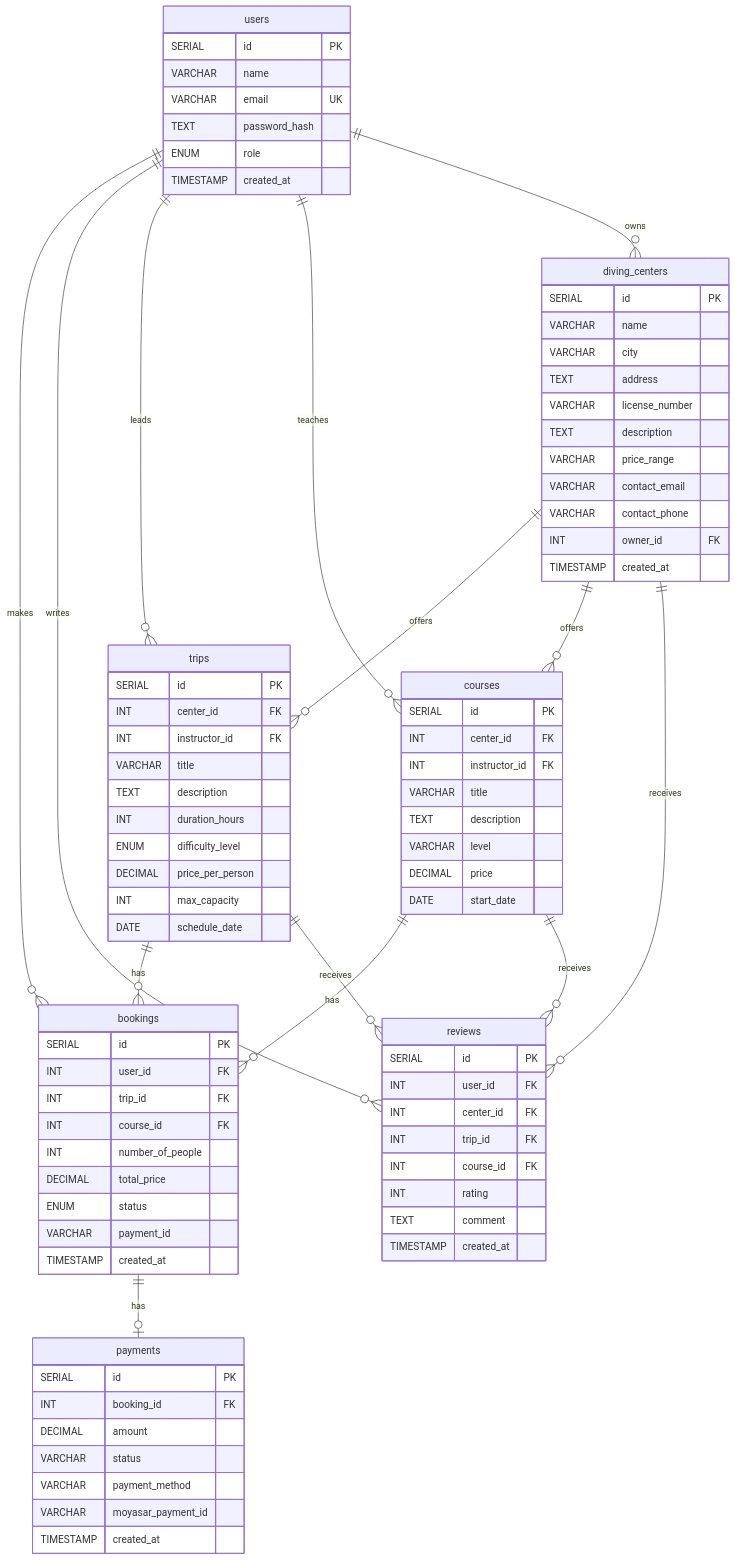
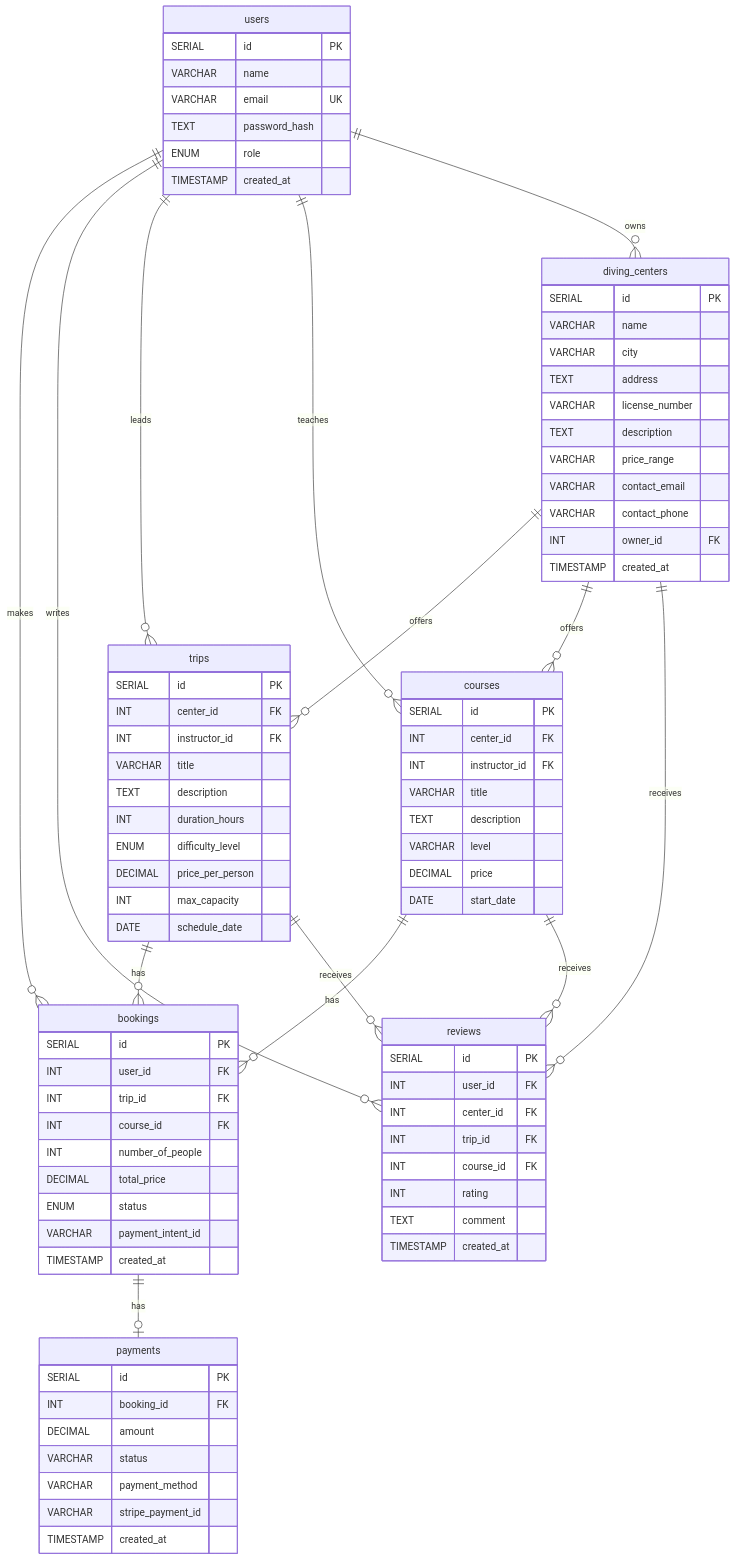
The third of 6 diagrams in stage3/README.md (laradreamer79/Portfolio-Project), drawn with Mermaid before and after one commit. The commit also changed other lines of this file, not shown here.

```diff
--- a/stage3/README.md
+++ b/stage3/README.md
@@ -517,7 +519,7 @@
     INT number_of_people
     DECIMAL total_price
     ENUM status
-    VARCHAR payment_id
+    VARCHAR payment_intent_id
     TIMESTAMP created_at
 }
 
@@ -527,7 +529,7 @@
     DECIMAL amount
     VARCHAR status
     VARCHAR payment_method
-    VARCHAR moyasar_payment_id
+    VARCHAR stripe_payment_id
     TIMESTAMP created_at
 }
 
```
